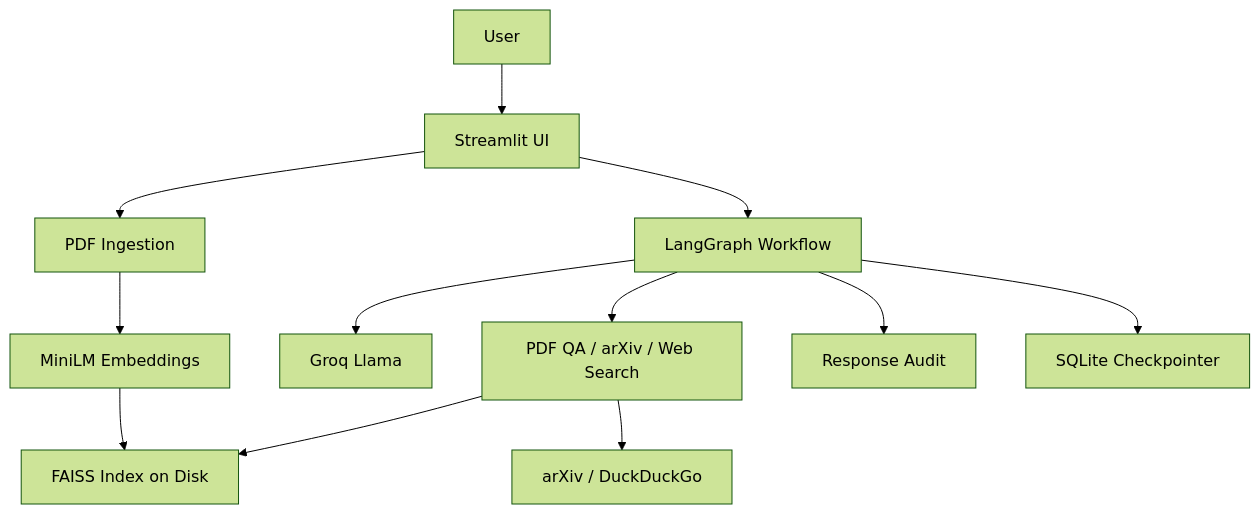
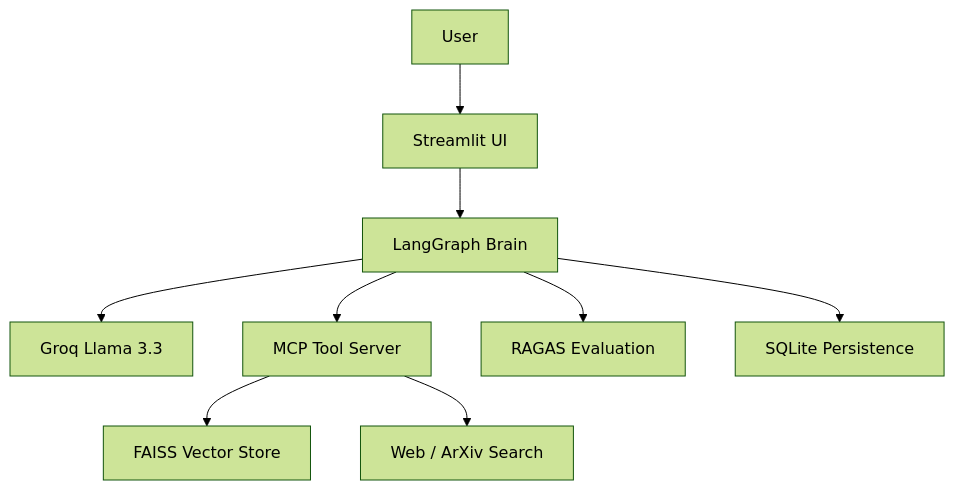
One commit to Ashutosh-AIBOT/neurobot-conversational-ai changed the diagram in README.md. Above: the diagram before and after it, drawn with Mermaid (forest theme). The commit also changed other lines of this file, not shown here.

````diff
--- a/README.md
+++ b/README.md
@@ -35,14 +53,11 @@
 ```mermaid
 graph TD
-    User[User] --> UI[Streamlit UI]
-    UI --> Graph[LangGraph Workflow]
-    UI --> Ingest[PDF Ingestion]
-    Ingest --> Embed[MiniLM Embeddings]
-    Embed --> FAISS[FAISS Index on Disk]
-    Graph --> LLM[Groq Llama]
-    Graph --> Tools[PDF QA / arXiv / Web Search]
-    Tools --> FAISS
-    Tools --> External[arXiv / DuckDuckGo]
-    Graph --> Audit[Response Audit]
-    Graph --> DB[SQLite Checkpointer]
+    User["User"] --> UI["Streamlit UI"]
+    UI --> Graph["LangGraph Brain"]
+    Graph --> LLM["Groq Llama 3.3"]
+    Graph --> Tools["MCP Tool Server"]
+    Tools --> RAG["FAISS Vector Store"]
+    Tools --> Web["Web / ArXiv Search"]
+    Graph --> Eval["RAGAS Evaluation"]
+    Graph --> DB["SQLite Persistence"]
 ```
````
